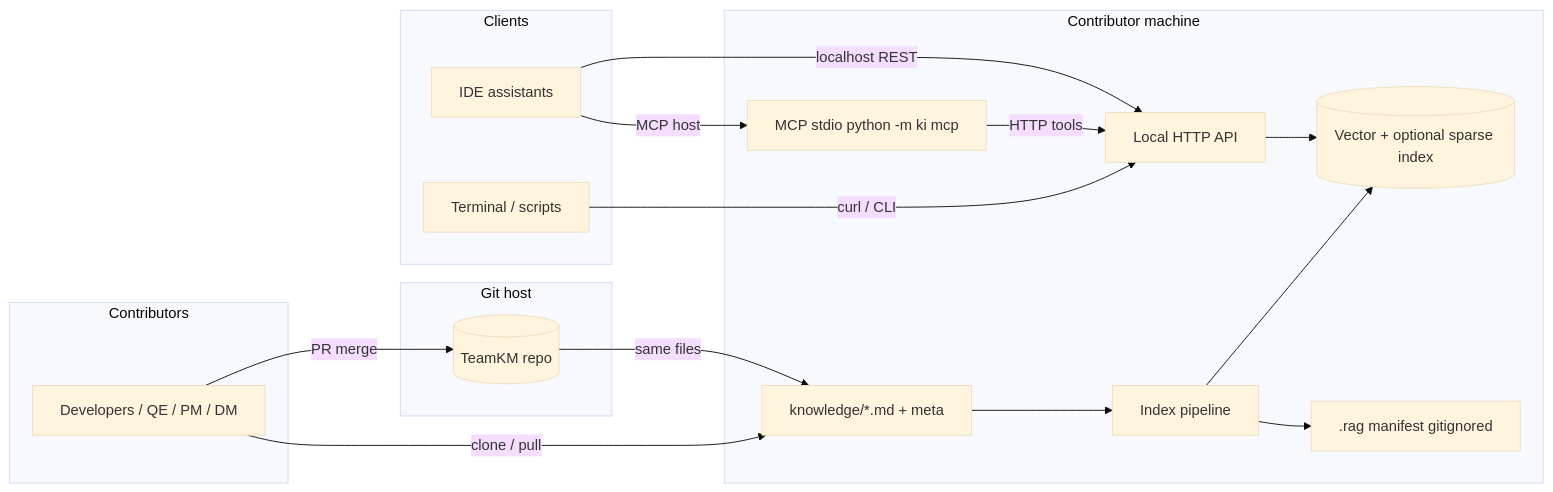
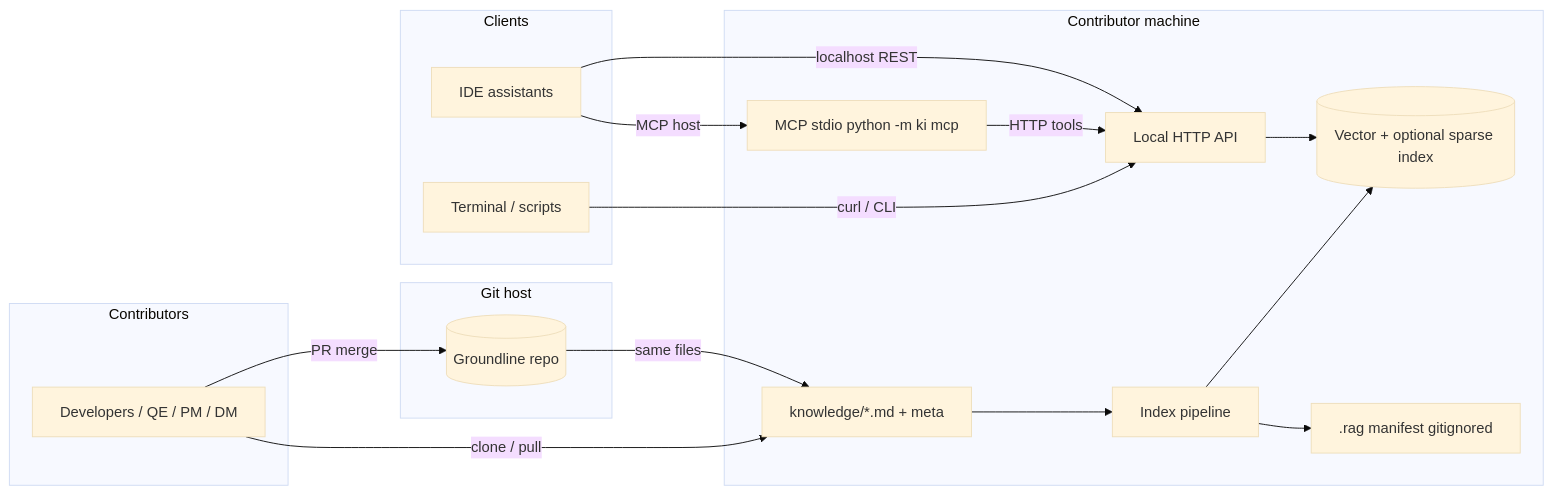
One commit to gyaneshgithub/TeamKM changed the first of 3 diagrams in docs/ARCHITECTURE.md. Above: the diagram before and after it, drawn with Mermaid (base theme). The commit also changed other lines of this file and 36 other files, not shown here.

````diff
--- a/docs/ARCHITECTURE.md
+++ b/docs/ARCHITECTURE.md
@@ -27,36 +27,36 @@
 ```mermaid
 flowchart LR
   subgraph contributors [Contributors]
     Dev[Developers / QE / PM / DM]
   end
 
   subgraph git_host [Git host]
-    Repo[(TeamKM repo)]
+    Repo[(Groundline repo)]
   end
 
   subgraph local [Contributor machine]
     Corpus[knowledge/*.md + meta]
     Pipeline[Index pipeline]
     Store[(Vector + optional sparse index)]
     API[Local HTTP API]
     MCP[MCP stdio python -m ki mcp]
     Manifest[.rag manifest gitignored]
   end
 
   subgraph clients [Clients]
     IDE[IDE assistants]
     Term[Terminal / scripts]
   end
 
   Dev -->|PR merge| Repo
   Dev -->|clone / pull| Corpus
   Corpus --> Pipeline
   Pipeline --> Store
   Pipeline --> Manifest
   API --> Store
   MCP -->|HTTP tools| API
   IDE -->|localhost REST| API
   IDE -->|MCP host| MCP
   Term -->|curl / CLI| API
   Repo -->|same files| Corpus
 ```
````
